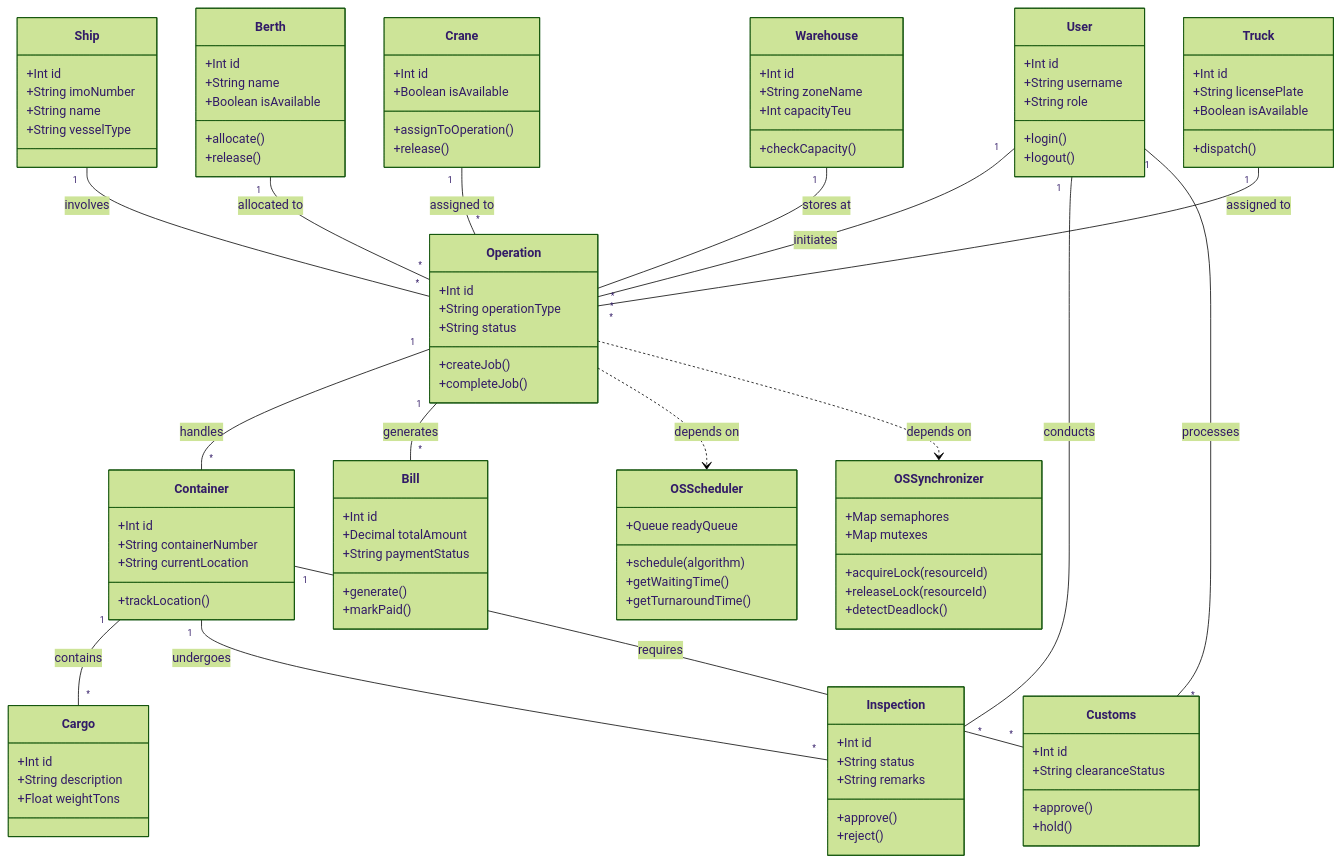
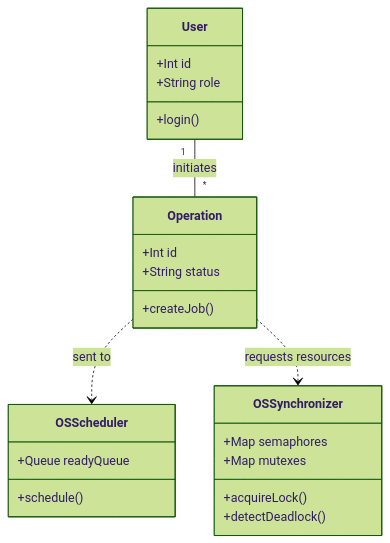
Before and after one commit to Sujalkathait/PortFlow: the second of 2 diagrams in folder/PHASE_1.md, drawn with Mermaid (forest theme). The commit also changed other lines of this file and 30 other files, not shown here.

````diff
--- a/folder/PHASE_1.md
+++ b/folder/PHASE_1.md
@@ -400,107 +124,26 @@
 classDiagram
     class User {
         +Int id
-        +String username
         +String role
         +login()
-        +logout()
-    }
-    class Ship {
-        +Int id
-        +String imoNumber
-        +String name
-        +String vesselType
-    }
-    class Berth {
-        +Int id
-        +String name
-        +Boolean isAvailable
-        +allocate()
-        +release()
-    }
-    class Crane {
-        +Int id
-        +Boolean isAvailable
-        +assignToOperation()
-        +release()
-    }
-    class Warehouse {
-        +Int id
-        +String zoneName
-        +Int capacityTeu
-        +checkCapacity()
-    }
-    class Truck {
-        +Int id
-        +String licensePlate
-        +Boolean isAvailable
-        +dispatch()
     }
     class Operation {
         +Int id
-        +String operationType
         +String status
         +createJob()
-        +completeJob()
-    }
-    class Container {
-        +Int id
-        +String containerNumber
-        +String currentLocation
-        +trackLocation()
-    }
-    class Cargo {
-        +Int id
-        +String description
-        +Float weightTons
-    }
-    class Inspection {
-        +Int id
-        +String status
-        +String remarks
-        +approve()
-        +reject()
-    }
-    class Customs {
-        +Int id
-        +String clearanceStatus
-        +approve()
-        +hold()
-    }
-    class Bill {
-        +Int id
-        +Decimal totalAmount
-        +String paymentStatus
-        +generate()
-        +markPaid()
     }
     class OSScheduler {
         +Queue readyQueue
-        +schedule(algorithm)
-        +getWaitingTime()
-        +getTurnaroundTime()
+        +schedule()
     }
     class OSSynchronizer {
         +Map semaphores
         +Map mutexes
-        +acquireLock(resourceId)
-        +releaseLock(resourceId)
+        +acquireLock()
         +detectDeadlock()
     }
 
     User "1" -- "*" Operation : initiates
-    Ship "1" -- "*" Operation : involves
-    Berth "1" -- "*" Operation : allocated to
-    Crane "1" -- "*" Operation : assigned to
-    Warehouse "1" -- "*" Operation : stores at
-    Truck "1" -- "*" Operation : assigned to
-    Operation "1" -- "*" Container : handles
-    Operation "1" -- "*" Bill : generates
-    Container "1" -- "*" Cargo : contains
-    Container "1" -- "*" Inspection : undergoes
-    Container "1" -- "*" Customs : requires
-    User "1" -- "*" Inspection : conducts
-    User "1" -- "*" Customs : processes
-    Operation ..> OSScheduler : depends on
-    Operation ..> OSSynchronizer : depends on
+    Operation ..> OSScheduler : sent to
+    Operation ..> OSSynchronizer : requests resources
 ```
````
